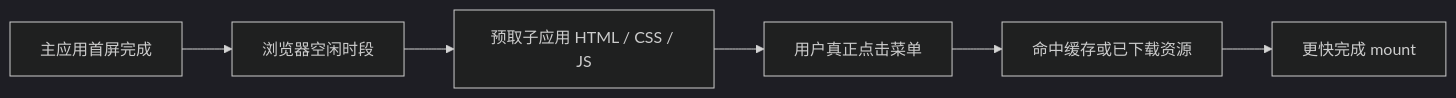
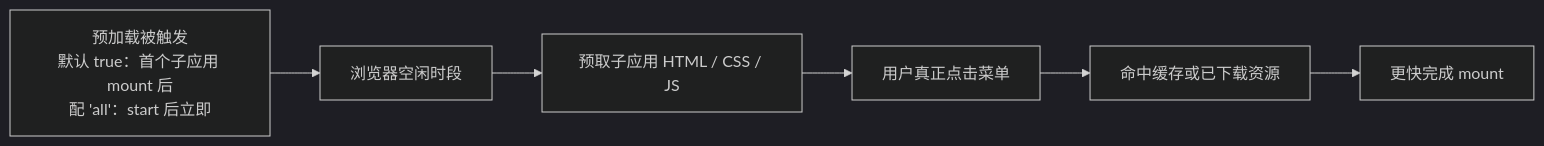
One commit to qihb/frontend-architecture changed the seventh of 8 diagrams in articles/micro-frontend/04-qiankun-architecture.md. Above: the diagram before and after it, drawn with Mermaid (dark theme). The commit also changed other lines of this file and 8 other files, not shown here.

````diff
--- a/articles/micro-frontend/04-qiankun-architecture.md
+++ b/articles/micro-frontend/04-qiankun-architecture.md
@@ -664,8 +715,8 @@
 ```mermaid
 flowchart LR
-    A[主应用首屏完成] --> B[浏览器空闲时段]
+    A[预加载被触发<br/>默认 true：首个子应用 mount 后<br/>配 'all'：start 后立即] --> B[浏览器空闲时段]
     B --> C[预取子应用 HTML / CSS / JS]
     C --> D[用户真正点击菜单]
     D --> E[命中缓存或已下载资源]
     E --> F[更快完成 mount]
 ```
````
